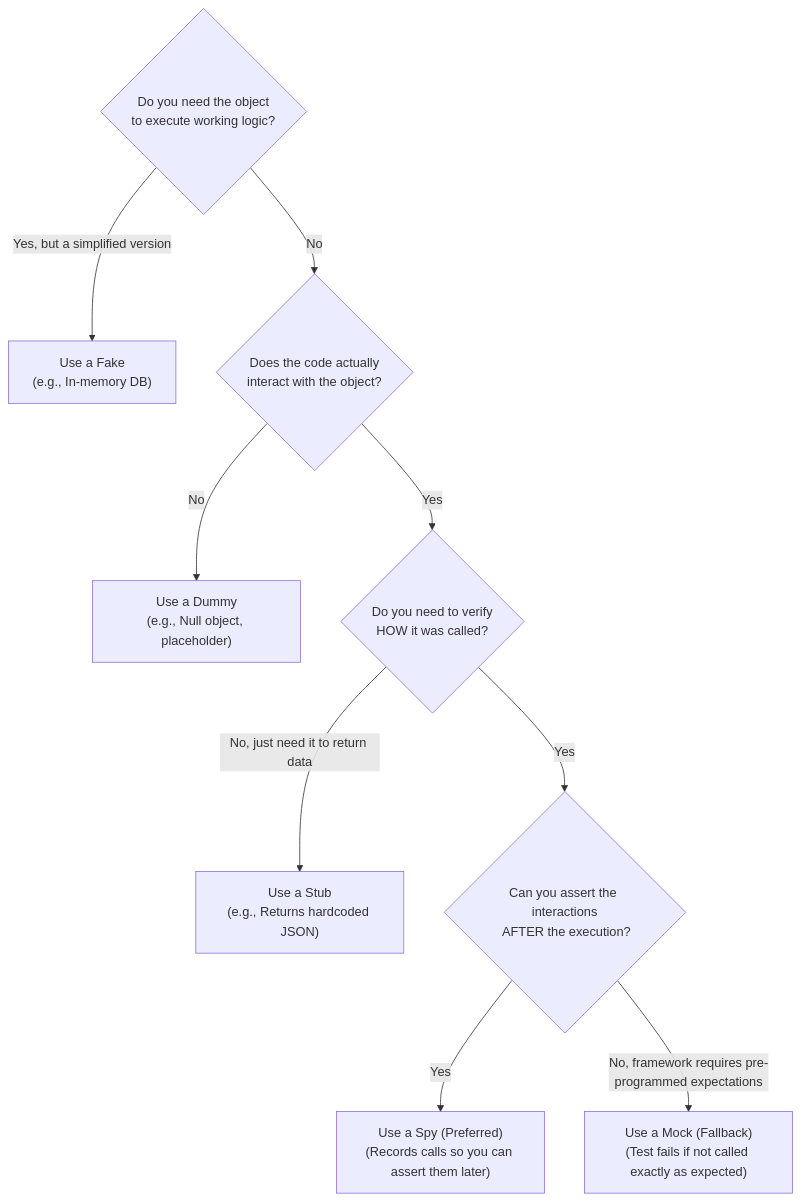
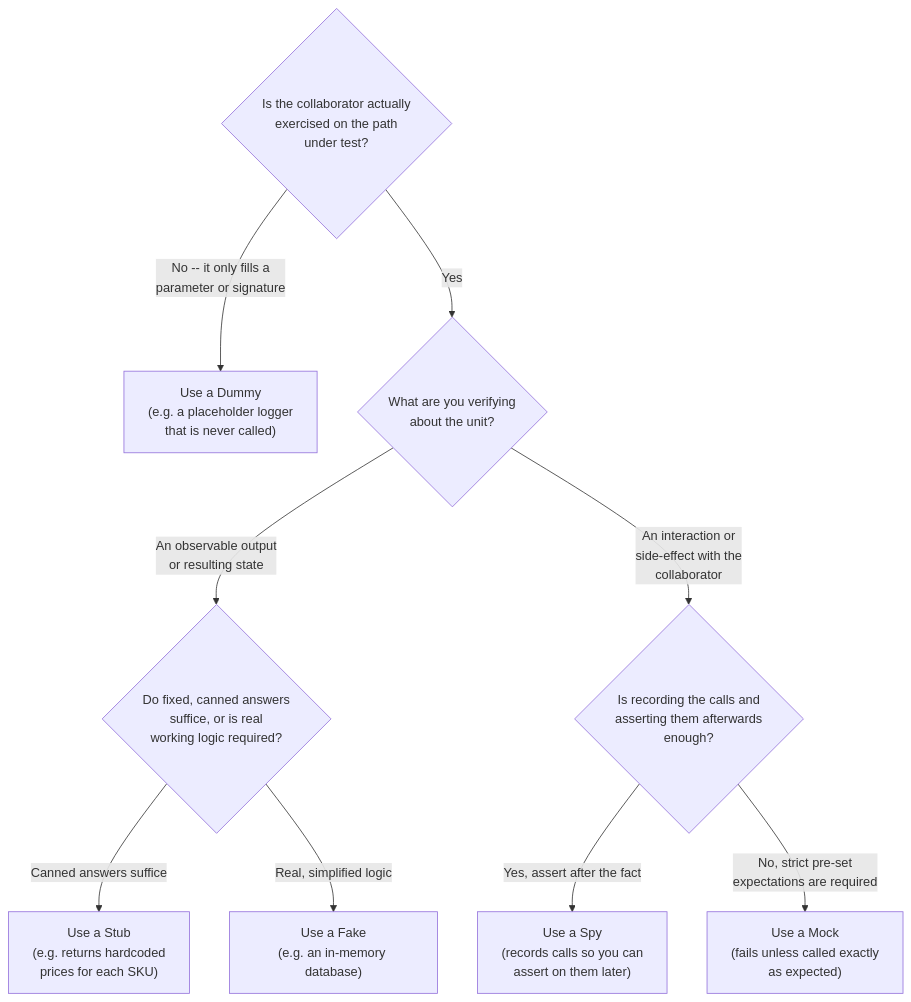
The second of 2 diagrams in content/posts/glossary/test-double.md (bitwizeshift/learning), drawn with Mermaid before and after one commit. The commit also changed other lines of this file, not shown here.

Commit message:
Rework test-double descriptions and flowchart

````diff
--- a/content/posts/glossary/test-double.md
+++ b/content/posts/glossary/test-double.md
@@ -74,20 +108,18 @@
 ```mermaid
 flowchart TD
-  Start{"Do you need the object\n to execute working logic?"}
+  Start{"Is the collaborator actually\n exercised on the path\n under test?"}
 
-  Start -->|Yes, but a simplified version| Fake["Use a Fake\n(e.g., In-memory DB)"]
-  Start -->|No| Q2{"Does the code actually\n interact with the object?"}
+  Start -->|"No -- it only fills a\n parameter or signature"| Dummy["Use a Dummy\n(e.g. a placeholder logger\n that is never called)"]
+  Start -->|Yes| Focus{"What are you verifying\n about the unit?"}
 
-  Q2 -->|No| Dummy["Use a Dummy\n(e.g., Null object, placeholder)"]
-  Q2 -->|Yes| Q3{"Do you need to verify\n HOW it was called?"}
+  Focus -->|"An observable output\n or resulting state"| State{"Do fixed, canned answers\n suffice, or is real\n working logic required?"}
+  Focus -->|"An interaction or\n side-effect with the\n collaborator"| Interaction{"Is recording the calls and\n asserting them afterwards\n enough?"}
 
-  Q3 -->|No, just need it to return data| Stub["Use a Stub\n(e.g., Returns hardcoded JSON)"]
-  Q3 -->|Yes| Q4{"Can you assert the interactions\n AFTER the execution?"}
+  State -->|"Canned answers suffice"| Stub["Use a Stub\n(e.g. returns hardcoded\n prices for each SKU)"]
+  State -->|"Real, simplified logic"| Fake["Use a Fake\n(e.g. an in-memory database)"]
 
-  Q4 -->|Yes| Spy["Use a Spy (Preferred)\n(Records calls so you can assert them later)"]
-  Q4 -->|No, framework requires pre-programmed expectations| Mock["Use a Mock (Fallback)\n(Test fails if not called exactly as expected)"]
+  Interaction -->|"Yes, assert after the fact"| Spy["Use a Spy\n(records calls so you can\n assert on them later)"]
+  Interaction -->|"No, strict pre-set\n expectations are required"| Mock["Use a Mock\n(fails unless called exactly\n as expected)"]
 
-  class Start,Q2,Q3,Q4 decision;
-  class Spy preferred;
-  class Mock fallback;
+  class Start,Focus,State,Interaction decision;
 ```
````
